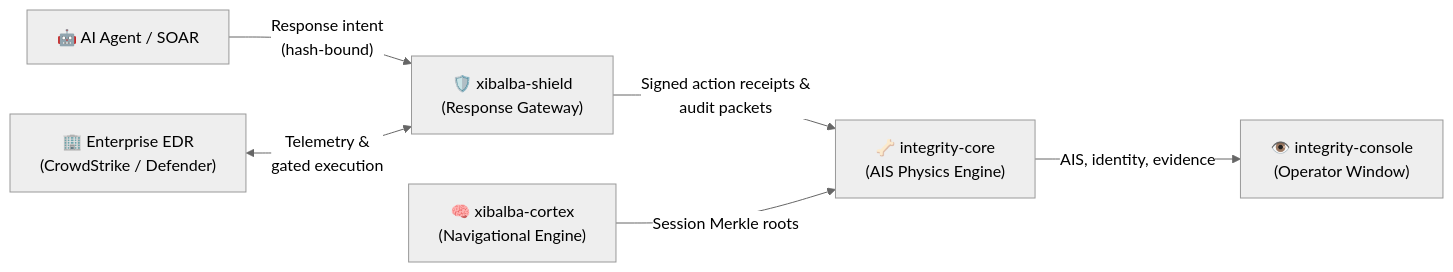
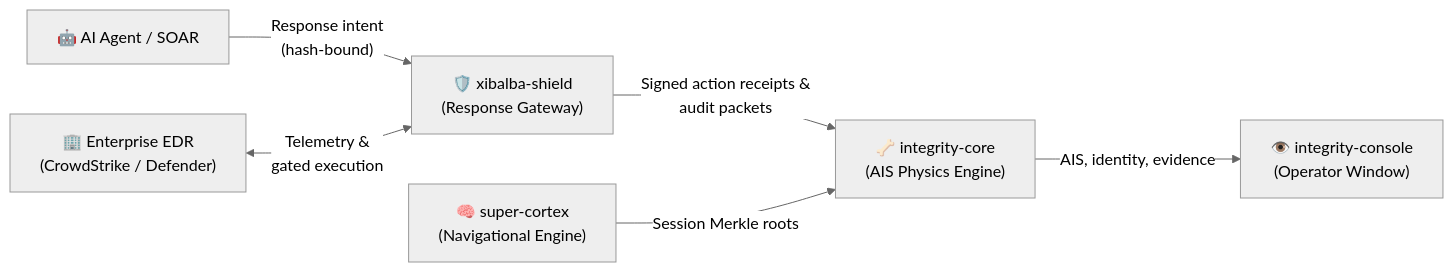
One commit to XibalbaTechSol/xibalba-shield changed the diagram in docs/wiki/architecture/ecosystem-role.md. Above: the diagram before and after it, drawn with Mermaid (neutral theme). The commit also changed other lines of this file and 4 other files, not shown here.

Commit message:
docs: update ecosystem documentation to reference super-cortex instead of xibalba-cortex (#114)

````diff
--- a/docs/wiki/architecture/ecosystem-role.md
+++ b/docs/wiki/architecture/ecosystem-role.md
@@ -43,8 +43,8 @@
 ```mermaid
 flowchart LR
     Agent["🤖 AI Agent / SOAR"] -->|"Response intent<br/>(hash-bound)"| Shield["🛡️ xibalba-shield<br/>(Response Gateway)"]
     EDR["🏢 Enterprise EDR<br/>(CrowdStrike / Defender)"] <-->|"Telemetry &<br/>gated execution"| Shield
     Shield -->|"Signed action receipts &<br/>audit packets"| Core["🦴 integrity-core<br/>(AIS Physics Engine)"]
-    Cortex["🧠 xibalba-cortex<br/>(Navigational Engine)"] -->|"Session Merkle roots"| Core
+    Cortex["🧠 super-cortex<br/>(Navigational Engine)"] -->|"Session Merkle roots"| Core
     Core -->|"AIS, identity, evidence"| Console["👁️ integrity-console<br/>(Operator Window)"]
 ```
````
